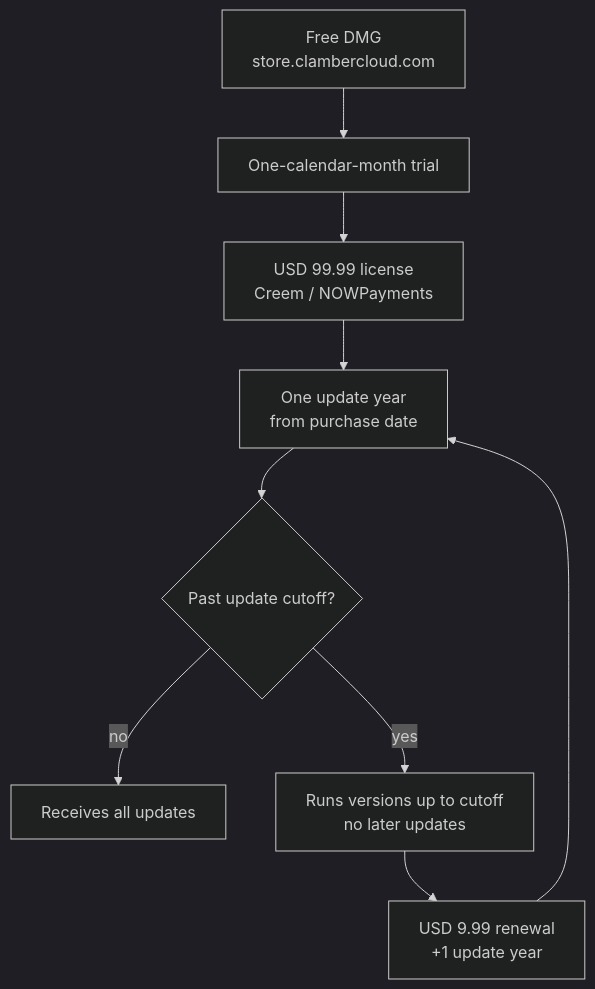
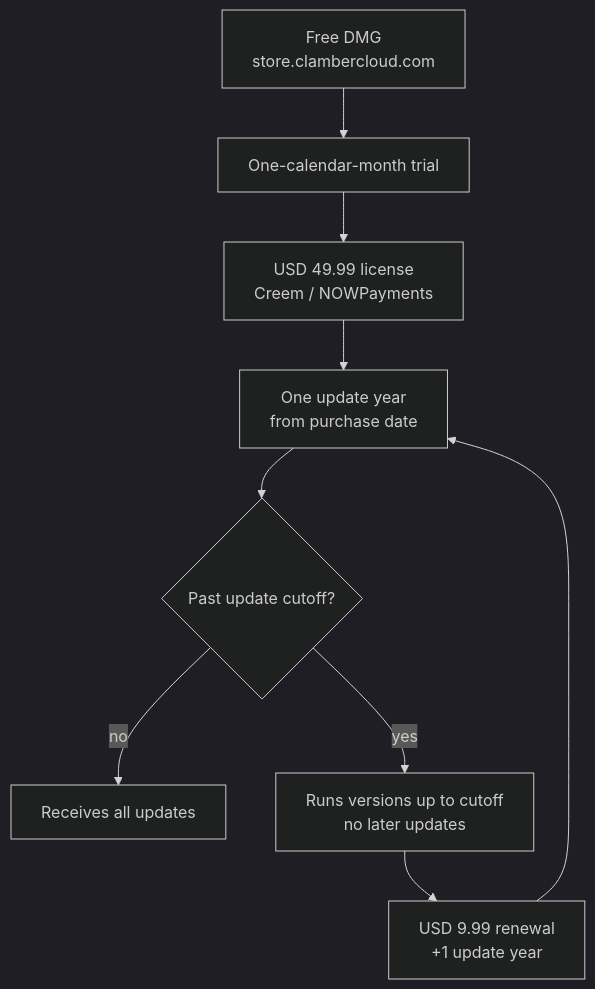
One commit to JohnThre/clambhook changed the fourth of 4 diagrams in README.md. Above: the diagram before and after it, drawn with Mermaid (dark theme). The commit also changed other lines of this file and 20 other files, not shown here.

Commit message:
chore: update license terms to USD 49.99 and 3 active devices

````diff
--- a/README.md
+++ b/README.md
@@ -224,11 +224,11 @@
 ```mermaid
 flowchart TD
     download["Free DMG<br/>store.clambercloud.com"] --> trial["One-calendar-month trial"]
-    trial --> buy["USD 99.99 license<br/>Creem / NOWPayments"]
+    trial --> buy["USD 49.99 license<br/>Creem / NOWPayments"]
     buy --> year["One update year<br/>from purchase date"]
     year --> cutoff{Past update cutoff?}
     cutoff -->|no| updates["Receives all updates"]
     cutoff -->|yes| frozen["Runs versions up to cutoff<br/>no later updates"]
     frozen --> renew["USD 9.99 renewal<br/>+1 update year"]
     renew --> year
 ```
````
